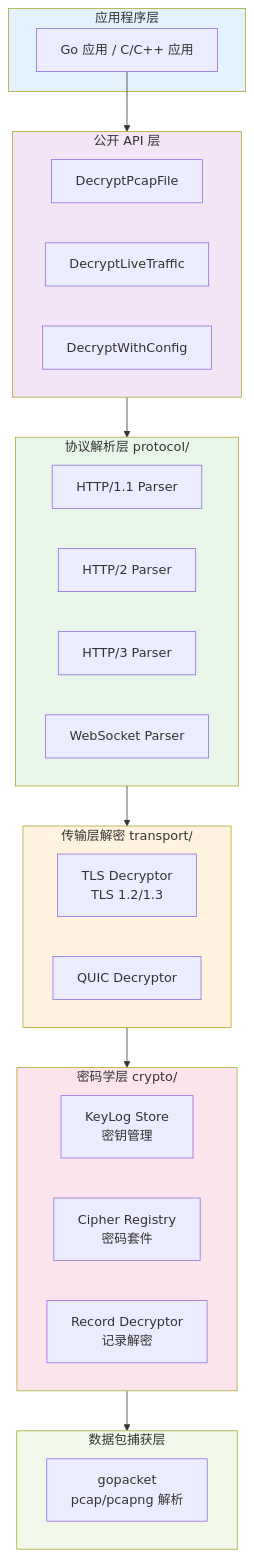
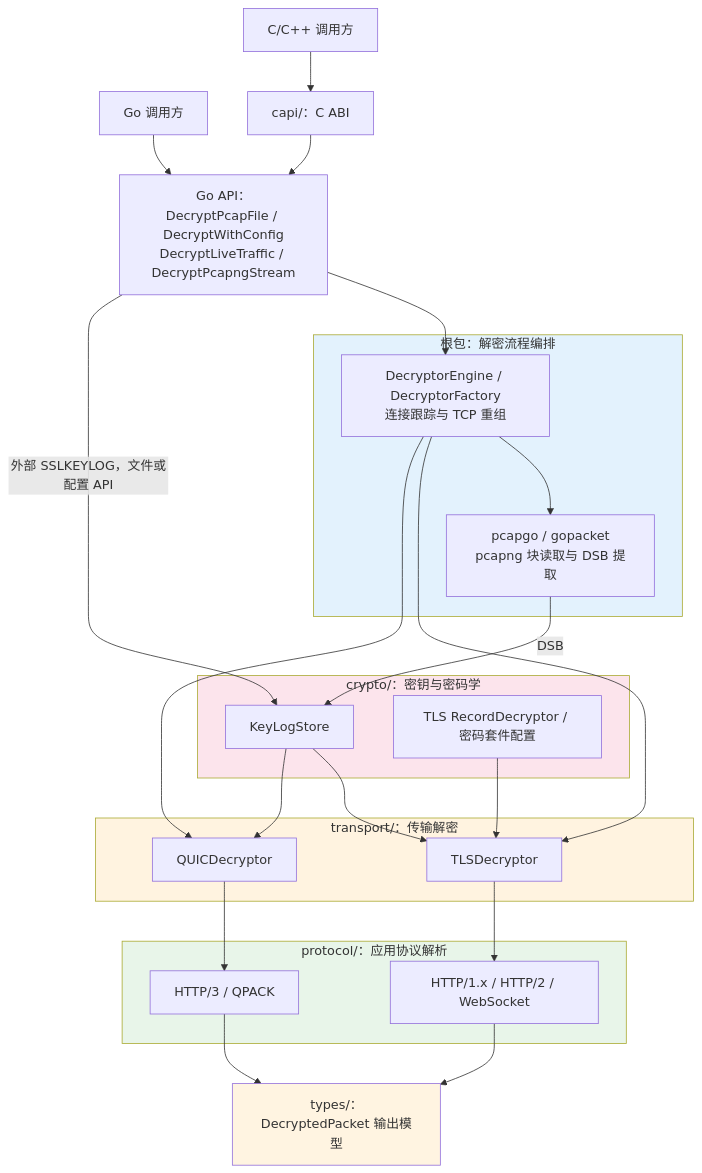
The second of 2 diagrams in README.md (gojue/ecapture_decryptor), drawn with Mermaid before and after one commit. The commit also changed other lines of this file and 88 other files, not shown here.

First line of the commit message:
feat: decrypt pcapng with external keylogs and DSBs

````diff
--- a/README.md
+++ b/README.md
@@ -400,47 +429,44 @@
 ```mermaid
-graph TB
-    subgraph Application["应用程序层"]
-        APP[Go 应用 / C/C++ 应用]
+flowchart TB
+    GoApp["Go 调用方"] --> GoAPI["Go API：DecryptPcapFile / DecryptWithConfig<br/>DecryptLiveTraffic / DecryptPcapngStream"]
+    CApp["C/C++ 调用方"] --> CAPI["capi/：C ABI"]
+    CAPI --> GoAPI
+
+    subgraph Core["根包：解密流程编排"]
+        Engine["DecryptorEngine / DecryptorFactory<br/>连接跟踪与 TCP 重组"]
+        Capture["pcapgo / gopacket<br/>pcapng 块读取与 DSB 提取"]
     end
-    
-    subgraph API["公开 API 层"]
-        API1[DecryptPcapFile]
-        API2[DecryptLiveTraffic]
-        API3[DecryptWithConfig]
+    subgraph Crypto["crypto/：密钥与密码学"]
+        KeyLog["KeyLogStore"]
+        Cipher["TLS RecordDecryptor / 密码套件配置"]
     end
-    
-    subgraph Protocol["协议解析层 protocol/"]
-        HTTP1[HTTP/1.1 Parser]
-        HTTP2[HTTP/2 Parser]
-        HTTP3[HTTP/3 Parser]
-        WS[WebSocket Parser]
+    subgraph Transport["transport/：传输解密"]
+        TLS["TLSDecryptor"]
+        QUIC["QUICDecryptor"]
     end
-    
-    subgraph Transport["传输层解密 transport/"]
-        TLS[TLS Decryptor<br/>TLS 1.2/1.3]
-        QUIC[QUIC Decryptor]
+    subgraph Protocol["protocol/：应用协议解析"]
+        HTTP["HTTP/1.x / HTTP/2 / WebSocket"]
+        HTTP3["HTTP/3 / QPACK"]
     end
-    
-    subgraph Crypto["密码学层 crypto/"]
-        KeyLog[KeyLog Store<br/>密钥管理]
-        Cipher[Cipher Registry<br/>密码套件]
-        Decrypt[Record Decryptor<br/>记录解密]
-    end
-    
-    subgraph Capture["数据包捕获层"]
-        GoPacket[gopacket<br/>pcap/pcapng 解析]
-    end
-    
-    APP --> API
-    API --> Protocol
-    Protocol --> Transport
-    Transport --> Crypto
-    Crypto --> Capture
-    
-    style Application fill:#e3f2fd
-    style API fill:#f3e5f5
+    Packet["types/：DecryptedPacket 输出模型"]
+
+    GoAPI --> Engine
+    Engine --> Capture
+    Capture -->|DSB| KeyLog
+    GoAPI -->|外部 SSLKEYLOG，文件或配置 API| KeyLog
+    Engine --> TLS
+    Engine --> QUIC
+    KeyLog --> TLS
+    KeyLog --> QUIC
+    Cipher --> TLS
+    TLS --> HTTP
+    QUIC --> HTTP3
+    HTTP --> Packet
+    HTTP3 --> Packet
+
+    style Core fill:#e3f2fd
+    style Crypto fill:#fce4ec
+    style Transport fill:#fff3e0
     style Protocol fill:#e8f5e9
-    style Transport fill:#fff3e0
-    style Crypto fill:#fce4ec
-    style Capture fill:#f1f8e9
+    style Packet fill:#fff4e1
 ```
````
